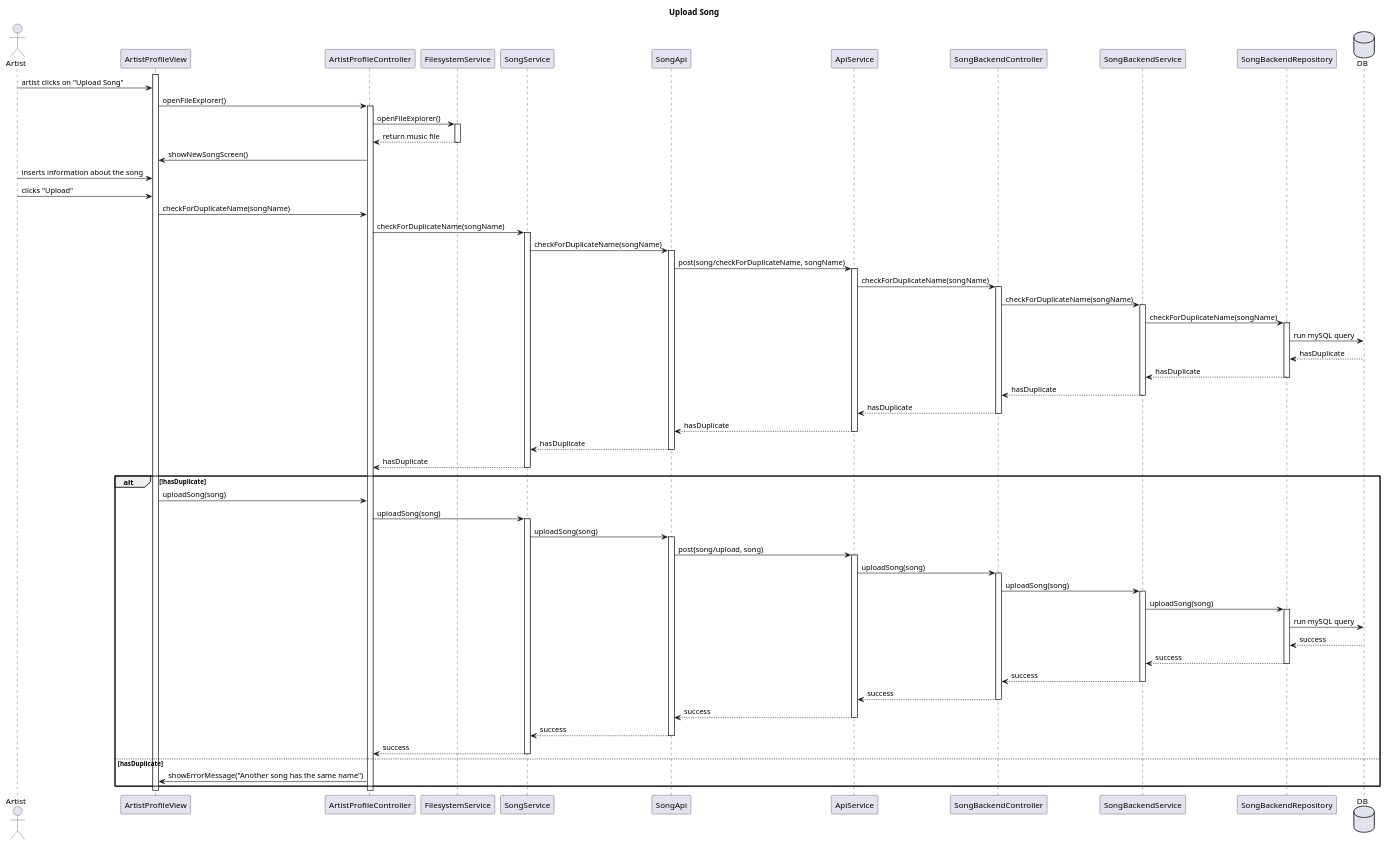
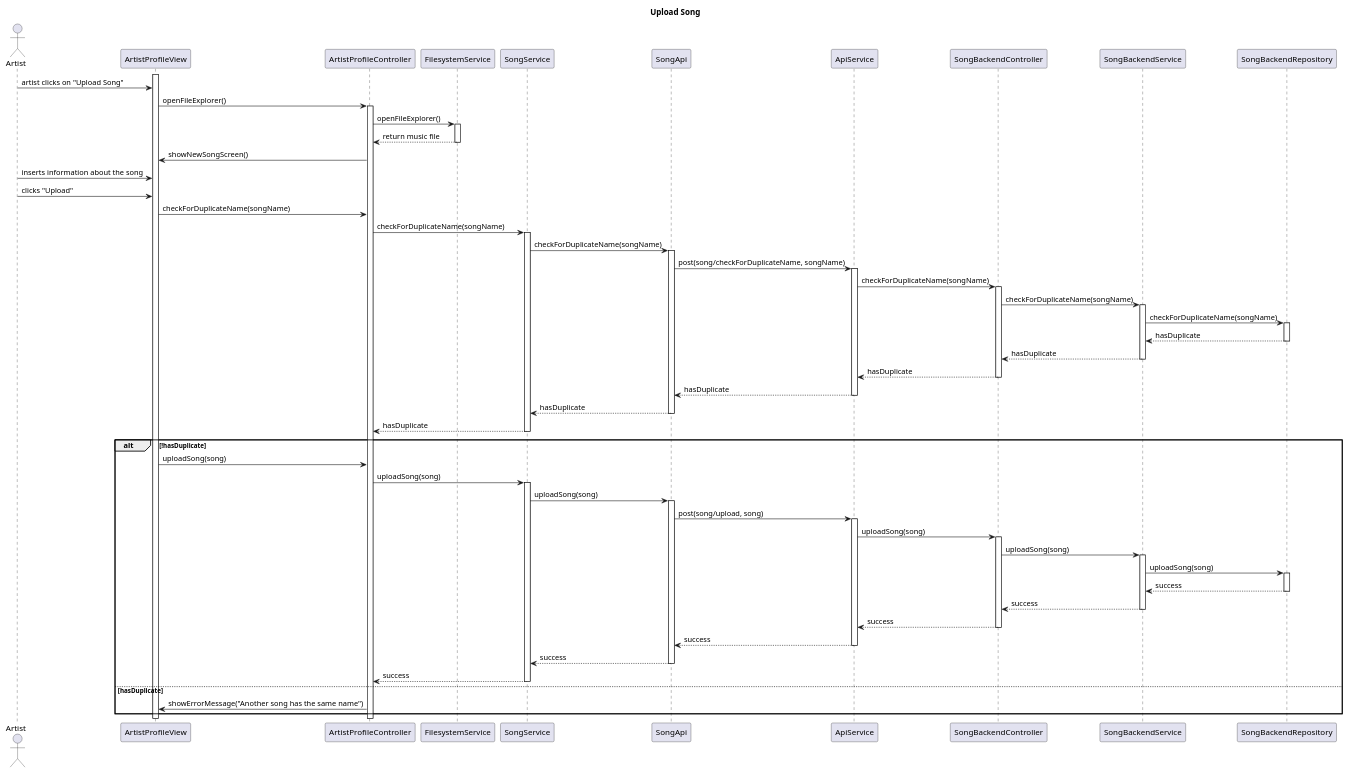
Before and after one commit to RubenKingCP/Tunix: the diagram in Paradoteo_4/SequenceDiagrams-v0.3/UploadSong.puml, drawn with PlantUML. The commit also changed 39 other files, not shown here.

Commit message:
Updates to Sequence Diagrams-v0.3

```diff
--- a/Paradoteo_4/SequenceDiagrams-v0.3/UploadSong.puml
+++ b/Paradoteo_4/SequenceDiagrams-v0.3/UploadSong.puml
@@ -1,91 +1,86 @@
 @startuml UplaodSong
 
 title Upload Song
 
 actor Artist
 
 participant ArtistProfileView
 participant ArtistProfileController
 participant FilesystemService
 participant SongService
 participant SongApi
 participant ApiService
 participant SongBackendController
 participant SongBackendService
 participant SongBackendRepository
 
-database DB
 
 activate ArtistProfileView
 Artist -> ArtistProfileView : artist clicks on "Upload Song"
 ArtistProfileView -> ArtistProfileController : openFileExplorer()
 activate ArtistProfileController
 ArtistProfileController -> FilesystemService : openFileExplorer()
 activate FilesystemService
 FilesystemService --> ArtistProfileController : return music file
 deactivate FilesystemService
 ArtistProfileController -> ArtistProfileView : showNewSongScreen()
 Artist -> ArtistProfileView : inserts information about the song
 Artist -> ArtistProfileView : clicks "Upload"
 ArtistProfileView -> ArtistProfileController : checkForDuplicateName(songName)
 ArtistProfileController -> SongService : checkForDuplicateName(songName)
 activate SongService
 SongService -> SongApi : checkForDuplicateName(songName)
 activate SongApi
 SongApi -> ApiService : post(song/checkForDuplicateName, songName)
 'will need to find an alternative to send both ids with one argument
 activate ApiService
 ApiService -> SongBackendController : checkForDuplicateName(songName)
 activate SongBackendController
 SongBackendController -> SongBackendService : checkForDuplicateName(songName)
 activate SongBackendService
 SongBackendService -> SongBackendRepository : checkForDuplicateName(songName)
 activate SongBackendRepository
-SongBackendRepository -> DB : run mySQL query
-DB --> SongBackendRepository : hasDuplicate
 SongBackendRepository --> SongBackendService : hasDuplicate
 deactivate SongBackendRepository
 SongBackendService --> SongBackendController : hasDuplicate
 deactivate SongBackendService
 SongBackendController --> ApiService : hasDuplicate
 deactivate SongBackendController
 ApiService --> SongApi : hasDuplicate
 deactivate ApiService
 SongApi --> SongService : hasDuplicate
 deactivate SongApi
 SongService --> ArtistProfileController : hasDuplicate
 deactivate SongService
 alt !hasDuplicate
 ArtistProfileView -> ArtistProfileController : uploadSong(song)
 ArtistProfileController -> SongService : uploadSong(song)
 activate SongService
 SongService -> SongApi : uploadSong(song)
 activate SongApi
 SongApi -> ApiService : post(song/upload, song)
 'will need to find an alternative to send both ids with one argument
 activate ApiService
 ApiService -> SongBackendController : uploadSong(song)
 activate SongBackendController
 SongBackendController -> SongBackendService : uploadSong(song)
 activate SongBackendService
 SongBackendService -> SongBackendRepository : uploadSong(song)
 activate SongBackendRepository
-SongBackendRepository -> DB : run mySQL query
-DB --> SongBackendRepository : success
 SongBackendRepository --> SongBackendService : success
 deactivate SongBackendRepository
 SongBackendService --> SongBackendController : success
 deactivate SongBackendService
 SongBackendController --> ApiService : success
 deactivate SongBackendController
 ApiService --> SongApi : success
 deactivate ApiService
 SongApi --> SongService : success
 deactivate SongApi
 SongService --> ArtistProfileController : success
 deactivate SongService
 else hasDuplicate
 ArtistProfileController -> ArtistProfileView : showErrorMessage("Another song has the same name")
 end
 
 @enduml
```
